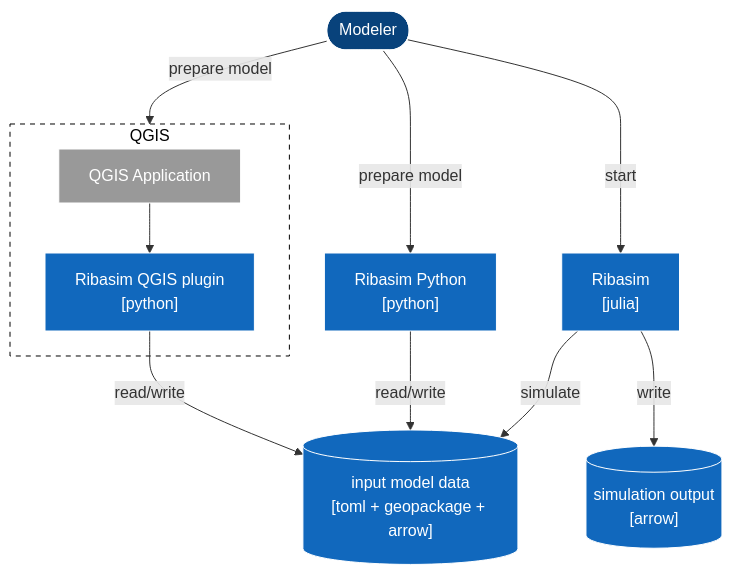
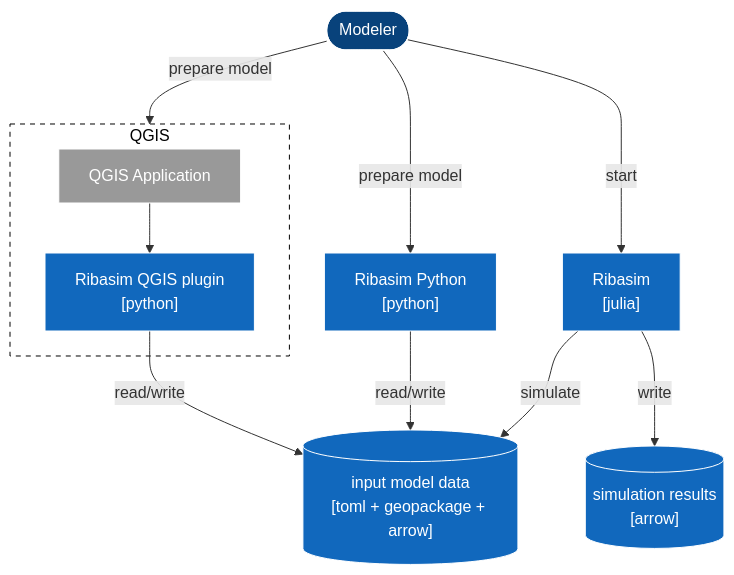
The diagram in docs/assets/c4_system.mmd (Deltares/Ribasim), drawn with Mermaid before and after one commit.

```diff
--- a/docs/assets/c4_system.mmd
+++ b/docs/assets/c4_system.mmd
@@ -1,32 +1,32 @@
 flowchart TB
 modeler([Modeler]):::user
 
 api["Ribasim Python\n[python]"]:::system
 modeler-->|prepare model|api
 
 ribasim["Ribasim\n[julia]"]:::system
 modeler-->|start|ribasim
 
 subgraph qgisBoundary[QGIS]
     QGIS[QGIS Application]:::system_ext
     qgisPlugin["Ribasim QGIS plugin\n[python]"]:::system
     QGIS-->qgisPlugin
 end
 modeler-->|prepare model|qgisBoundary
 
 model[("input model data\n[toml + geopackage + arrow]")]:::system
 qgisPlugin-->|read/write|model
 api-->|read/write|model
 ribasim-->|simulate|model
 
-output[("simulation output\n[arrow]")]:::system
+output[("simulation results\n[arrow]")]:::system
 ribasim-->|write|output
 
 class qgisBoundary boundary
 
 %% class definitions for C4 model
 classDef default stroke-width:1px,stroke:white,color:white
 classDef system fill:#1168bd
 classDef user fill:#08427b
 classDef system_ext fill:#999999
 classDef boundary fill:transparent,stroke-dasharray:5 5,stroke:black,color:black
```
